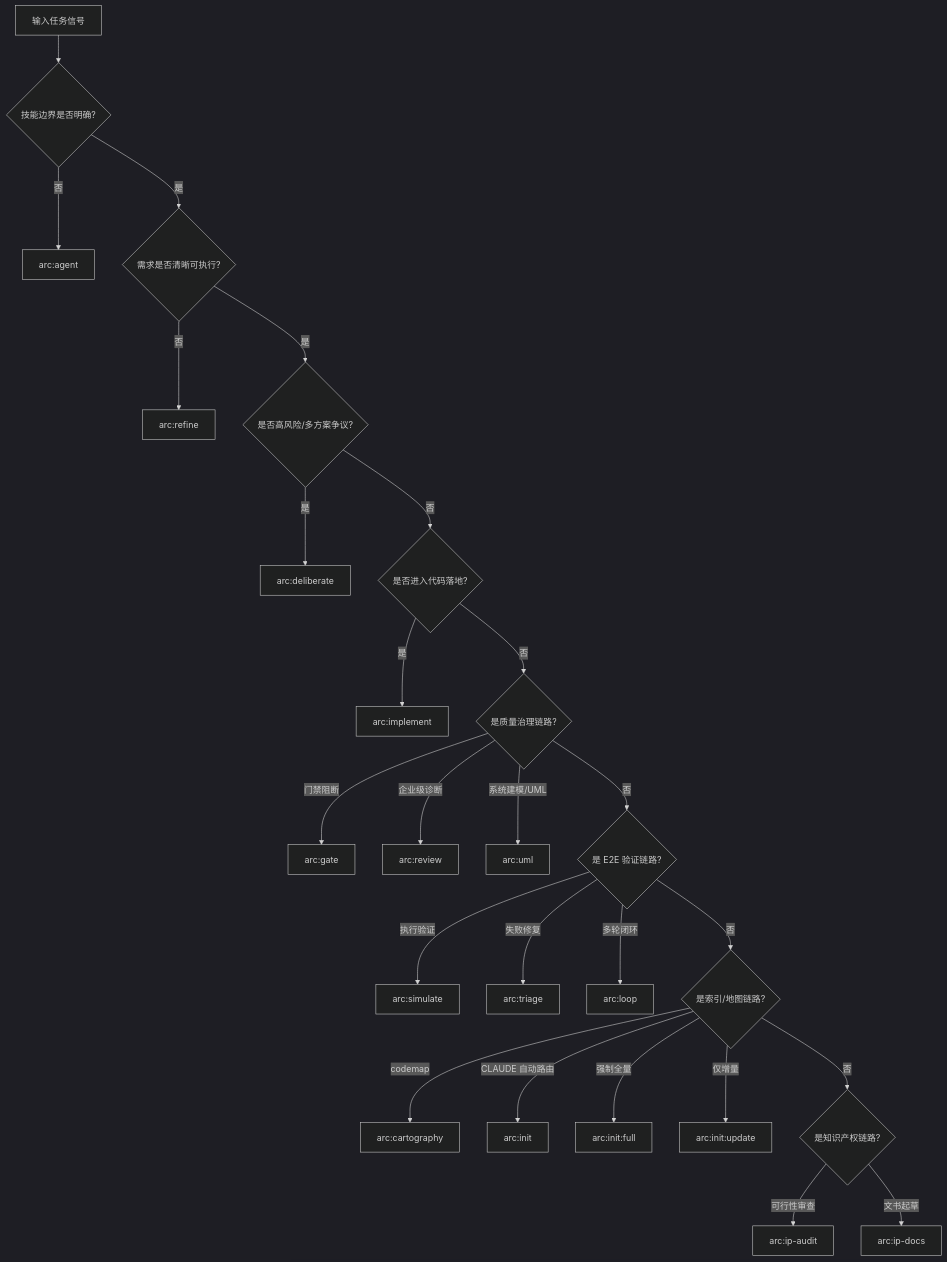
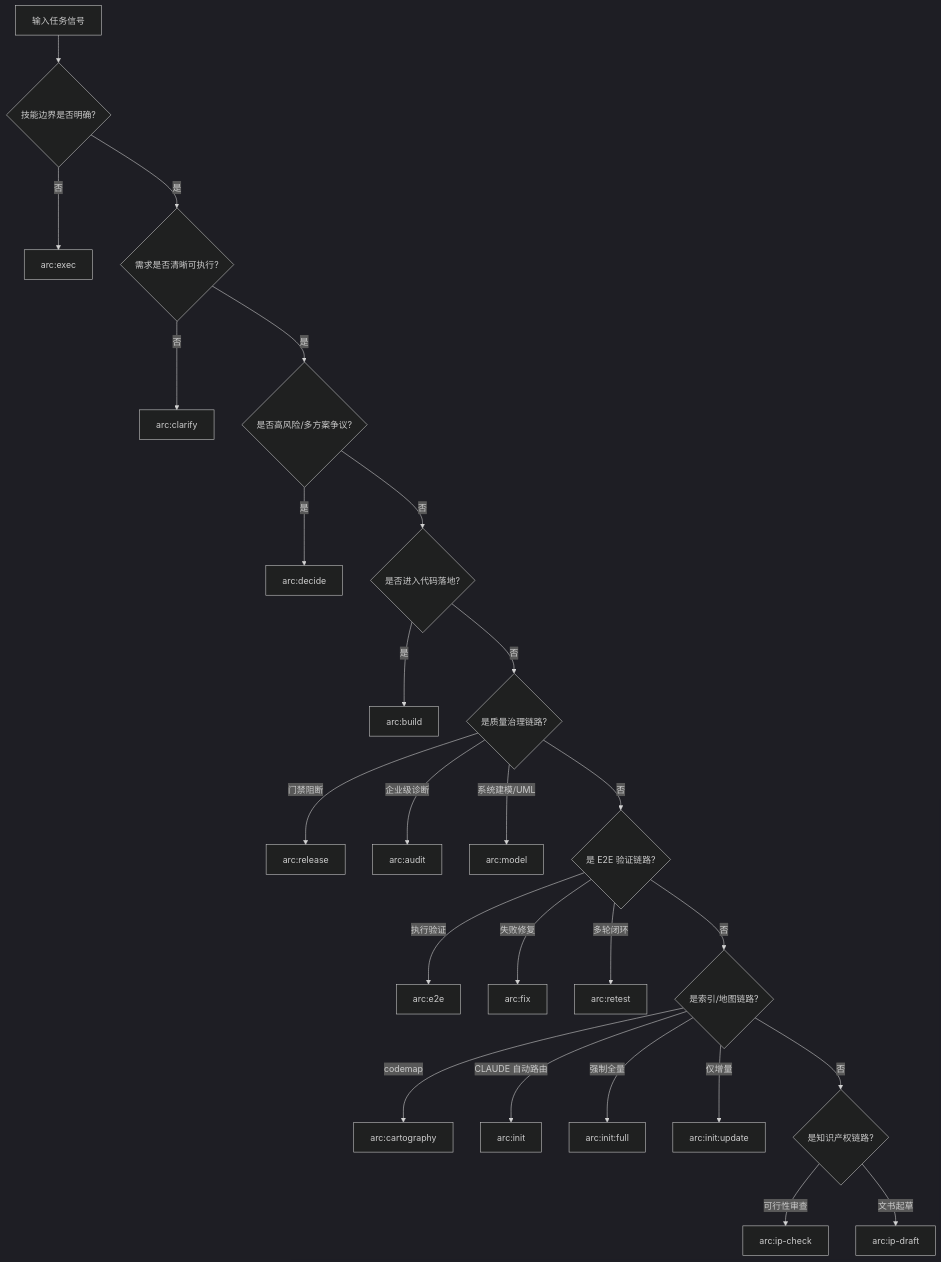
One commit to iwen-conf/Skills changed the diagram in docs/arc-routing-matrix.md. Above: the diagram before and after it, drawn with Mermaid (dark theme). The commit also changed other lines of this file and 51 other files, not shown here.

Commit message:
feat: refine arc skills and enhance audit dashboard

````diff
--- a/docs/arc-routing-matrix.md
+++ b/docs/arc-routing-matrix.md
@@ -28,27 +28,27 @@
 ```mermaid
 flowchart TD
     A["输入任务信号"] --> B{"技能边界是否明确?"}
-    B -- "否" --> AG["arc:agent"]
+    B -- "否" --> AG["arc:exec"]
     B -- "是" --> C{"需求是否清晰可执行?"}
-    C -- "否" --> RF["arc:refine"]
+    C -- "否" --> RF["arc:clarify"]
     C -- "是" --> D{"是否高风险/多方案争议?"}
-    D -- "是" --> DL["arc:deliberate"]
+    D -- "是" --> DL["arc:decide"]
     D -- "否" --> E{"是否进入代码落地?"}
-    E -- "是" --> IM["arc:implement"]
+    E -- "是" --> IM["arc:build"]
     E -- "否" --> F{"是质量治理链路?"}
-    F -- "门禁阻断" --> GT["arc:gate"]
-    F -- "企业级诊断" --> RV["arc:review"]
-    F -- "系统建模/UML" --> UML["arc:uml"]
+    F -- "门禁阻断" --> GT["arc:release"]
+    F -- "企业级诊断" --> RV["arc:audit"]
+    F -- "系统建模/UML" --> UML["arc:model"]
     F -- "否" --> G{"是 E2E 验证链路?"}
-    G -- "执行验证" --> SM["arc:simulate"]
-    G -- "失败修复" --> TR["arc:triage"]
-    G -- "多轮闭环" --> LP["arc:loop"]
+    G -- "执行验证" --> SM["arc:e2e"]
+    G -- "失败修复" --> TR["arc:fix"]
+    G -- "多轮闭环" --> LP["arc:retest"]
     G -- "否" --> H{"是索引/地图链路?"}
     H -- "codemap" --> CT["arc:cartography"]
     H -- "CLAUDE 自动路由" --> IN["arc:init"]
     H -- "强制全量" --> IF["arc:init:full"]
     H -- "仅增量" --> IU["arc:init:update"]
     H -- "否" --> I{"是知识产权链路?"}
-    I -- "可行性审查" --> IA["arc:ip-audit"]
-    I -- "文书起草" --> ID["arc:ip-docs"]
+    I -- "可行性审查" --> IA["arc:ip-check"]
+    I -- "文书起草" --> ID["arc:ip-draft"]
 ```
````
